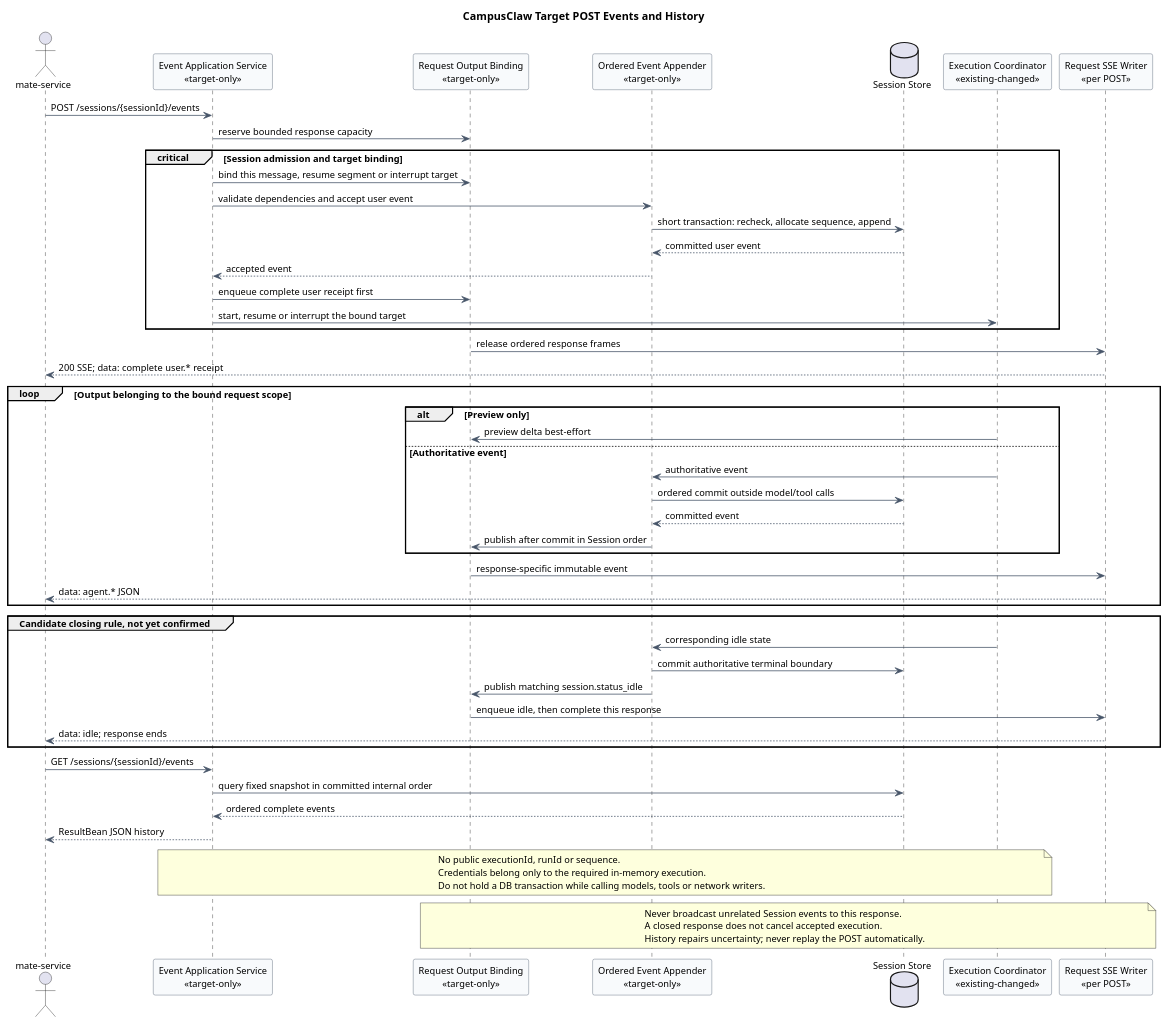
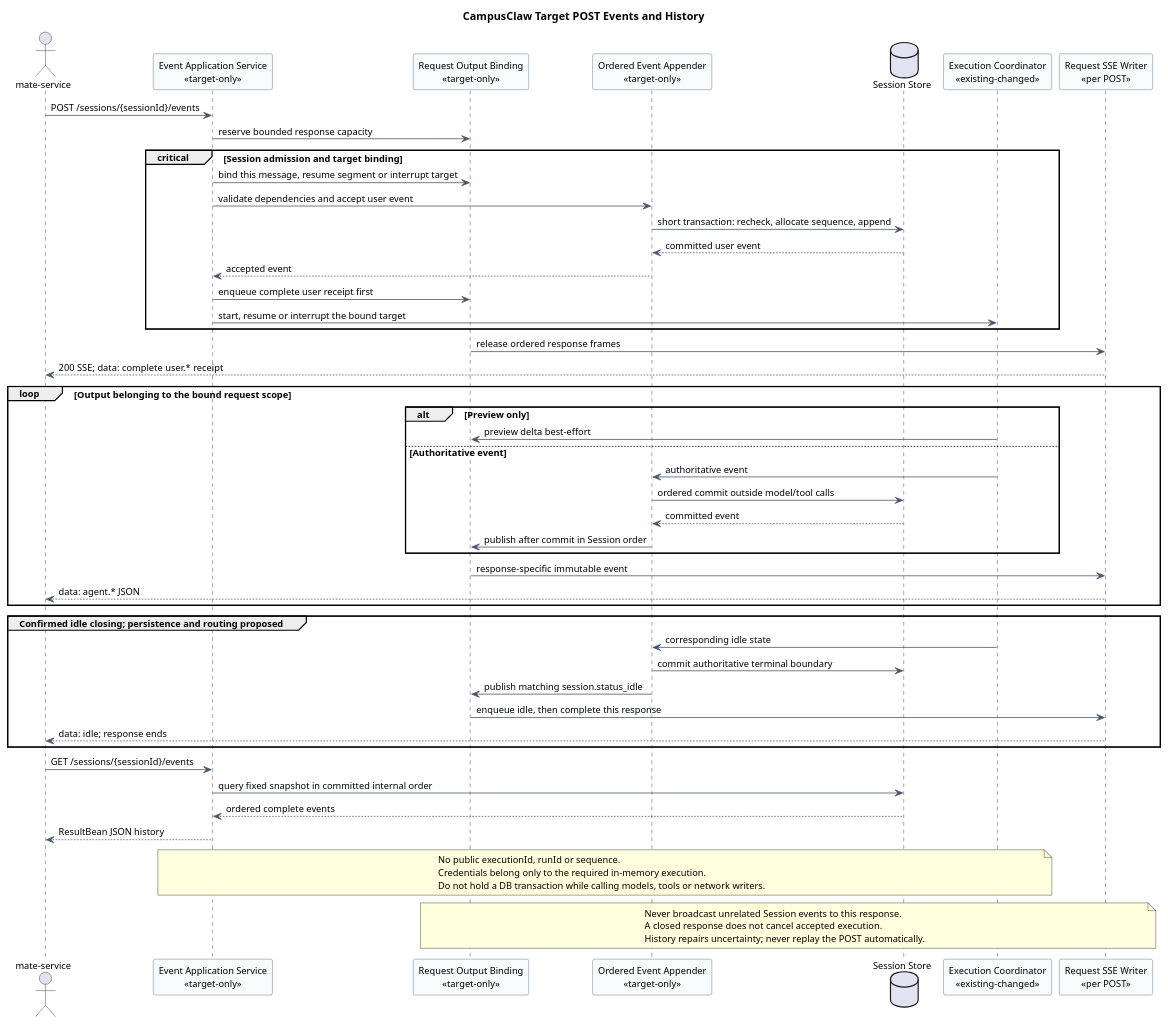
The first of 3 diagrams in 01-总体架构/01-CampusClaw多Agent运行时/设计图/事件接口重设计/diagram.puml (ssm0808/pi-mono-java-design), drawn with PlantUML before and after one commit. The commit also changed other lines of this file and 11 other files, not shown here.

```diff
--- a/01-总体架构/01-CampusClaw多Agent运行时/设计图/事件接口重设计/diagram.puml
+++ b/01-总体架构/01-CampusClaw多Agent运行时/设计图/事件接口重设计/diagram.puml
@@ -1,79 +1,79 @@
 @startuml target_session_events_resource_model
 title CampusClaw Target POST Events and History
 ' Source evidence: pi-mono-java 918005ee8ccc88d179fc31a0de17a92b4a01383b.
 ' campusclaw/src/main/java/com/huawei/hicampus/claw/codingagent/runtimeapi/web/RuntimeEventController.java,
 ' submit/list, lines 61-91: POST SSE and GET history; no standalone read stream.
 ' campusclaw/src/main/java/com/huawei/hicampus/claw/codingagent/runtimeapi/event/RuntimeEventService.java,
 ' prepareAndSubmitLocked/acceptUserEntry, lines 101-141: persist message then start.
 ' These files are unchanged from a8192e047f4061bd385297d3dc6c4358362d0d49.
 ' Observed behavior: current Java already uses request-scoped POST SSE.
 ' Confirmed target architecture: combine submission and output in one POST;
 ' the first business frame is the complete accepted user event, exactly once.
 ' Design reason: remove the gap between a write and an independent live subscription.
 ' Target-only: union input, response projection, causal ordering and fixed snapshot.
 skinparam backgroundColor #FFFFFF
 skinparam shadowing false
 skinparam defaultFontName Arial
 skinparam defaultFontSize 12
 skinparam sequence {
   ParticipantBackgroundColor #F8FAFC
   ParticipantBorderColor #475569
   ArrowColor #475569
 }
 actor "mate-service" as Mate
 participant "Event Application Service\n<<target-only>>" as API
 participant "Request Output Binding\n<<target-only>>" as Binding
 participant "Ordered Event Appender\n<<target-only>>" as Append
 database "Session Store" as Store
 participant "Execution Coordinator\n<<existing-changed>>" as Execution
 participant "Request SSE Writer\n<<per POST>>" as Writer
 
 Mate -> API : POST /sessions/{sessionId}/events
 API -> Binding : reserve bounded response capacity
 critical Session admission and target binding
   API -> Binding : bind this message, resume segment or interrupt target
   API -> Append : validate dependencies and accept user event
   Append -> Store : short transaction: recheck, allocate sequence, append
   Store --> Append : committed user event
   Append --> API : accepted event
   API -> Binding : enqueue complete user receipt first
   API -> Execution : start, resume or interrupt the bound target
 end
 Binding -> Writer : release ordered response frames
 Writer --> Mate : 200 SSE; data: complete user.* receipt
 
 loop Output belonging to the bound request scope
   alt Preview only
     Execution -> Binding : preview delta best-effort
   else Authoritative event
     Execution -> Append : authoritative event
     Append -> Store : ordered commit outside model/tool calls
     Store --> Append : committed event
     Append -> Binding : publish after commit in Session order
   end
   Binding -> Writer : response-specific immutable event
   Writer --> Mate : data: agent.* JSON
 end
-group Candidate closing rule, not yet confirmed
+group Confirmed idle closing; persistence and routing proposed
   Execution -> Append : corresponding idle state
   Append -> Store : commit authoritative terminal boundary
   Append -> Binding : publish matching session.status_idle
   Binding -> Writer : enqueue idle, then complete this response
   Writer --> Mate : data: idle; response ends
 end
 Mate -> API : GET /sessions/{sessionId}/events
 API -> Store : query fixed snapshot in committed internal order
 Store --> API : ordered complete events
 API --> Mate : ResultBean JSON history
 
 note over API,Execution
 No public executionId, runId or sequence.
 Credentials belong only to the required in-memory execution.
 Do not hold a DB transaction while calling models, tools or network writers.
 end note
 note over Binding,Writer
 Never broadcast unrelated Session events to this response.
 A closed response does not cancel accepted execution.
 History repairs uncertainty; never replay the POST automatically.
 end note
 @enduml
```
